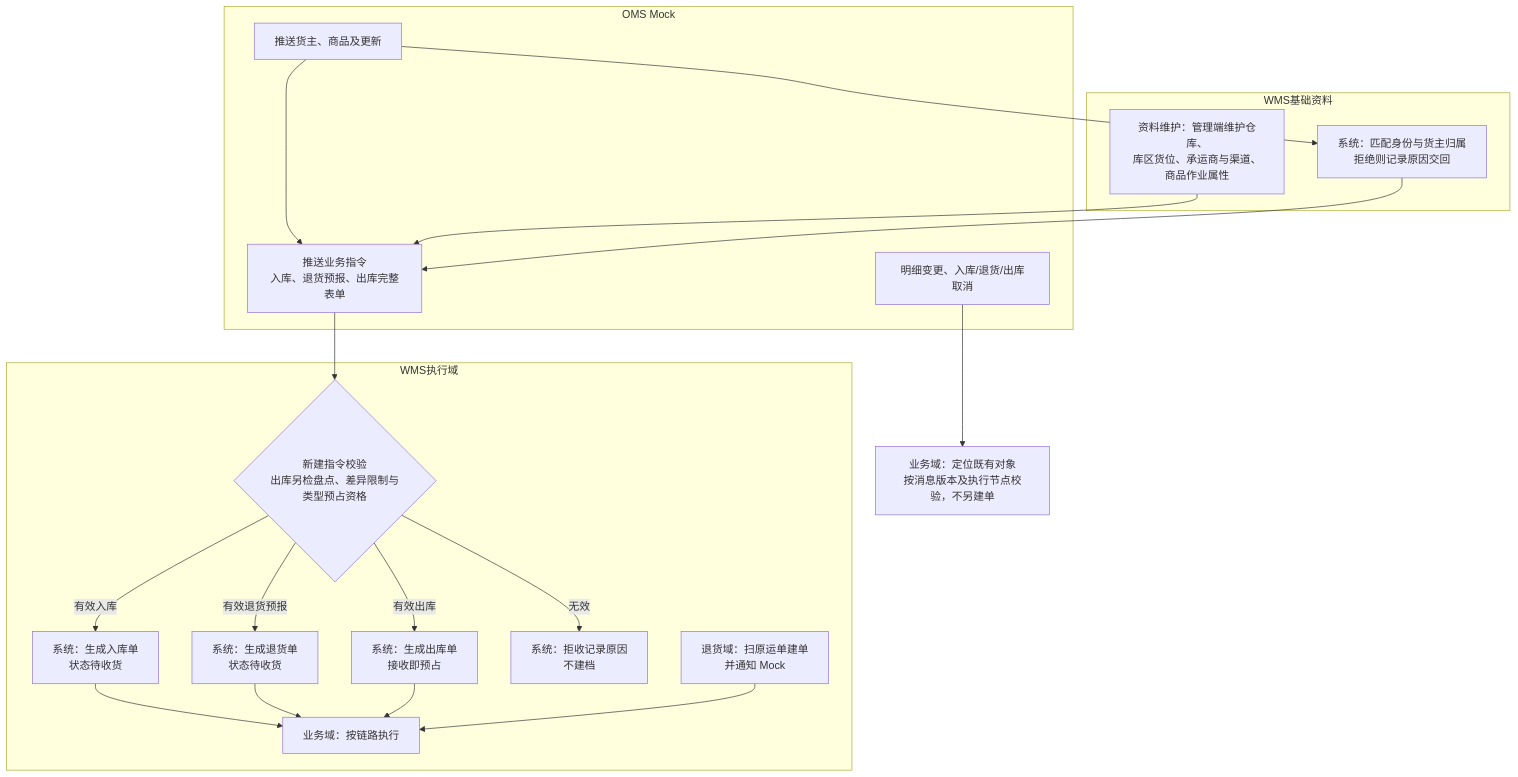
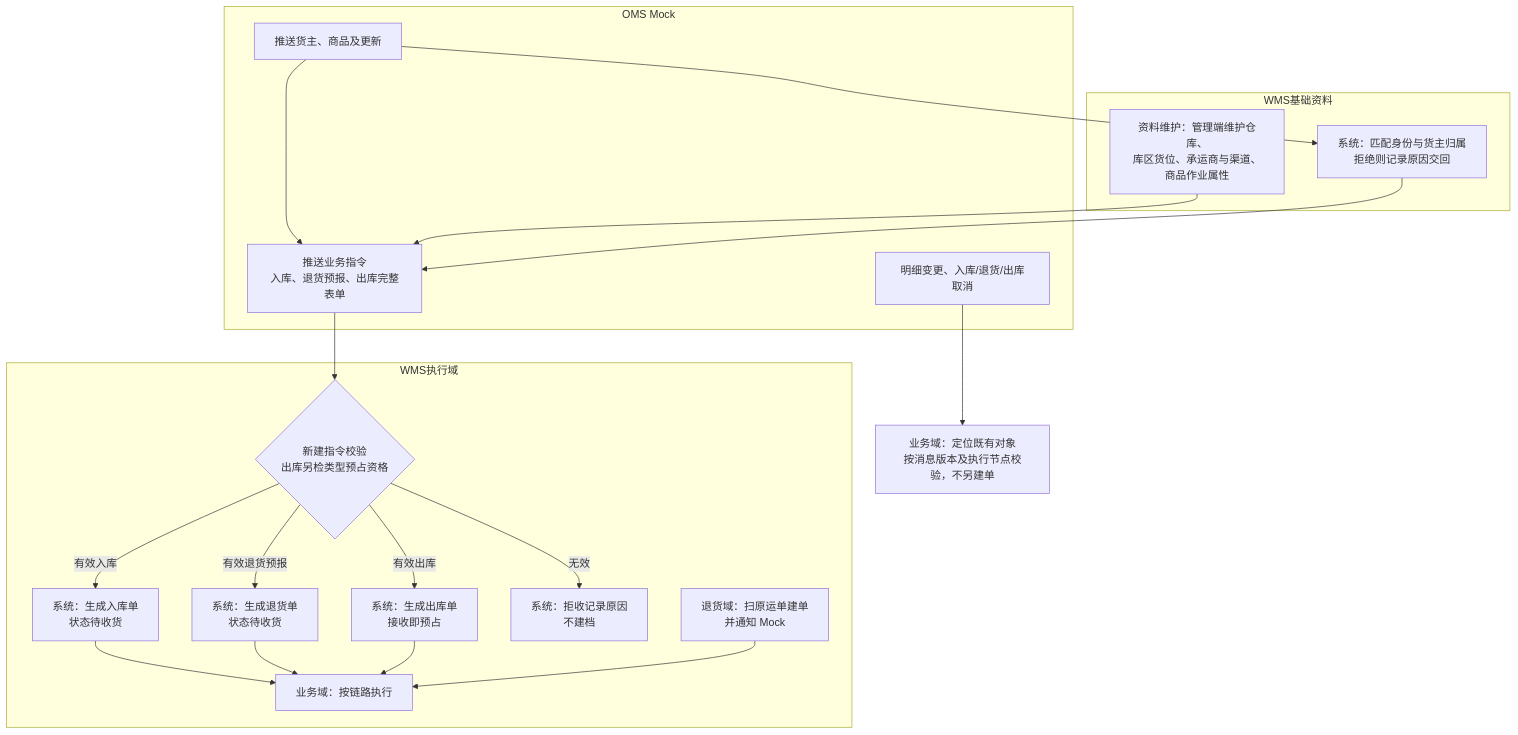
One commit to TopVitamin/QS-WMS-Project changed the first of 6 diagrams in 05-应用设计方案/20261002-MVP版本/系统架构设计/01-系统流程与单据交互.md. Above: the diagram before and after it, drawn with Mermaid. The commit also changed other lines of this file and 174 other files, not shown here.

````diff
--- a/05-应用设计方案/20261002-MVP版本/系统架构设计/01-系统流程与单据交互.md
+++ b/05-应用设计方案/20261002-MVP版本/系统架构设计/01-系统流程与单据交互.md
@@ -21,33 +22,33 @@
 ```mermaid
 flowchart TB
     subgraph OMS Mock
         A[推送货主、商品及更新] --> B[推送业务指令<br/>入库、退货预报、出库完整表单]
         D[明细变更、入库/退货/出库取消]
     end
     subgraph WMS基础资料
         M1[系统：匹配身份与货主归属<br/>拒绝则记录原因交回]
         M2[资料维护：管理端维护仓库、<br/>库区货位、承运商与渠道、商品作业属性]
     end
     subgraph WMS执行域
-        E1{新建指令校验<br/>出库另检盘点、差异限制与类型预占资格}
+        E1{新建指令校验<br/>出库另检类型预占资格}
         E2[系统：生成入库单<br/>状态待收货]
         E2R[系统：生成退货单<br/>状态待收货]
         E3[系统：生成出库单<br/>接收即预占]
         E4[系统：拒收记录原因<br/>不建档]
         W2R[退货域：扫原运单建单<br/>并通知 Mock]
         F[业务域：按链路执行]
     end
     A --> M1
     M2 --> B
     M1 --> B
     B --> E1
     E1 -->|有效入库| E2
     E1 -->|有效退货预报| E2R
     E1 -->|有效出库| E3
     E1 -->|无效| E4
     E2 --> F
     E2R --> F
     E3 --> F
     W2R --> F
     D --> V[业务域：定位既有对象<br/>按消息版本及执行节点校验，不另建单]
 ```
````
